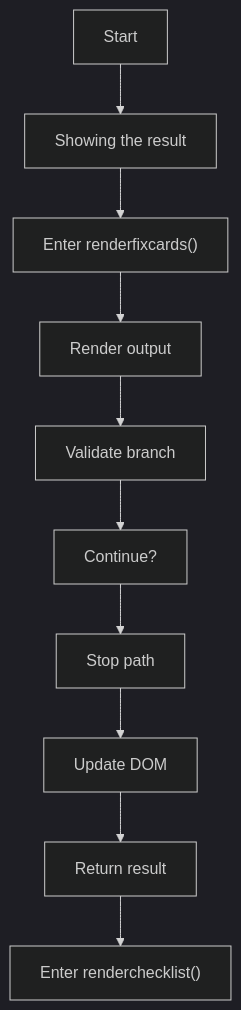
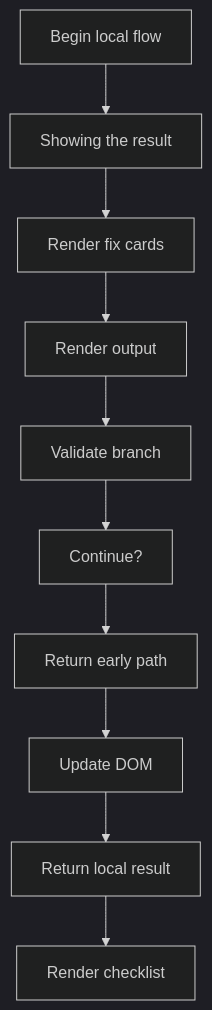
One commit to JohnAndrewBalbarosa/NeoTerritory changed the first of 6 diagrams in docs/Codebase/Frontend/scripts/fix-suggestions.js.md. Above: the diagram before and after it, drawn with Mermaid (dark theme). The commit also changed other lines of this file and 925 other files, not shown here.

````diff
--- a/docs/Codebase/Frontend/scripts/fix-suggestions.js.md
+++ b/docs/Codebase/Frontend/scripts/fix-suggestions.js.md
@@ -25,22 +24,22 @@
 ```mermaid
 flowchart TD
-    N0["Start"]
+    N0["Begin local flow"]
     N1["Showing the result"]
-    N2["Enter renderfixcards()"]
+    N2["Render fix cards"]
     N3["Render output"]
     N4["Validate branch"]
     N5["Continue?"]
-    N6["Stop path"]
+    N6["Return early path"]
     N7["Update DOM"]
-    N8["Return result"]
-    N9["Enter renderchecklist()"]
+    N8["Return local result"]
+    N9["Render checklist"]
     N0 --> N1
     N1 --> N2
     N2 --> N3
     N3 --> N4
     N4 --> N5
     N5 --> N6
     N6 --> N7
     N7 --> N8
     N8 --> N9
 ```
````
